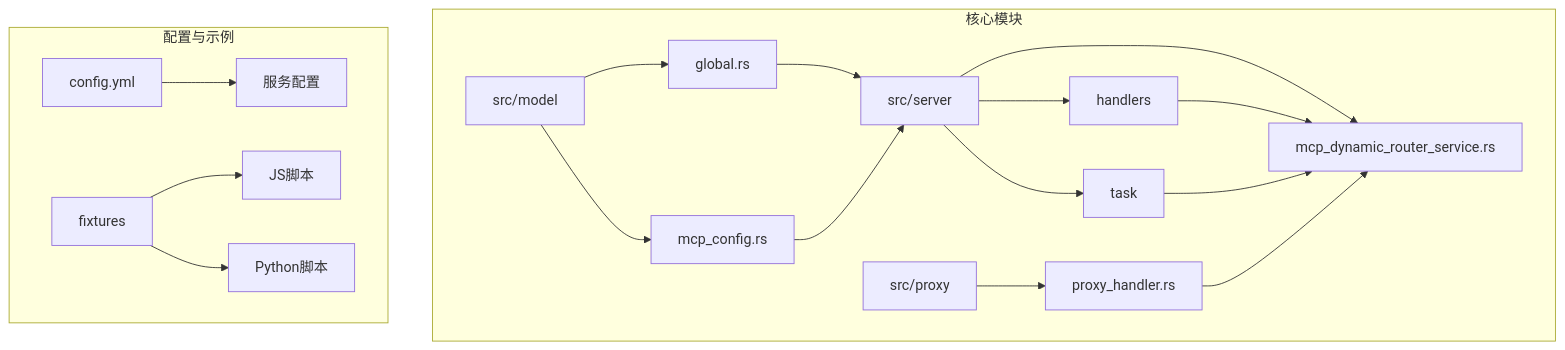
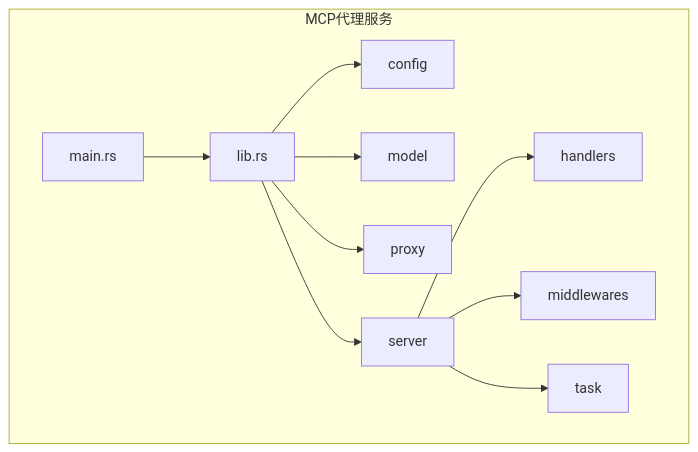
One commit to nuwax-ai/mcp-proxy changed the first of 8 diagrams in .qoder/repowiki/zh/content/MCP代理服务/MCP代理服务.md. Above: the diagram before and after it, drawn with Mermaid. The commit also changed other lines of this file and 147 other files, not shown here.

````diff
--- a/.qoder/repowiki/zh/content/MCP代理服务/MCP代理服务.md
+++ b/.qoder/repowiki/zh/content/MCP代理服务/MCP代理服务.md
@@ -42,21 +48,13 @@
 ```mermaid
-graph TB
-subgraph "核心模块"
-A[src/model] --> B[global.rs]
-A --> C[mcp_config.rs]
-D[src/server] --> E[handlers]
-D --> F[task]
-D --> G[mcp_dynamic_router_service.rs]
-H[src/proxy] --> I[proxy_handler.rs]
+graph TD
+subgraph "MCP代理服务"
+A[main.rs] --> B[lib.rs]
+B --> C[config]
+B --> D[model]
+B --> E[proxy]
+B --> F[server]
+F --> G[handlers]
+F --> H[middlewares]
+F --> I[task]
 end
-subgraph "配置与示例"
-J[config.yml] --> K[服务配置]
-L[fixtures] --> M[JS脚本]
-L --> N[Python脚本]
-end
-B --> D
-C --> D
-E --> G
-F --> G
-I --> G
 ```
````
